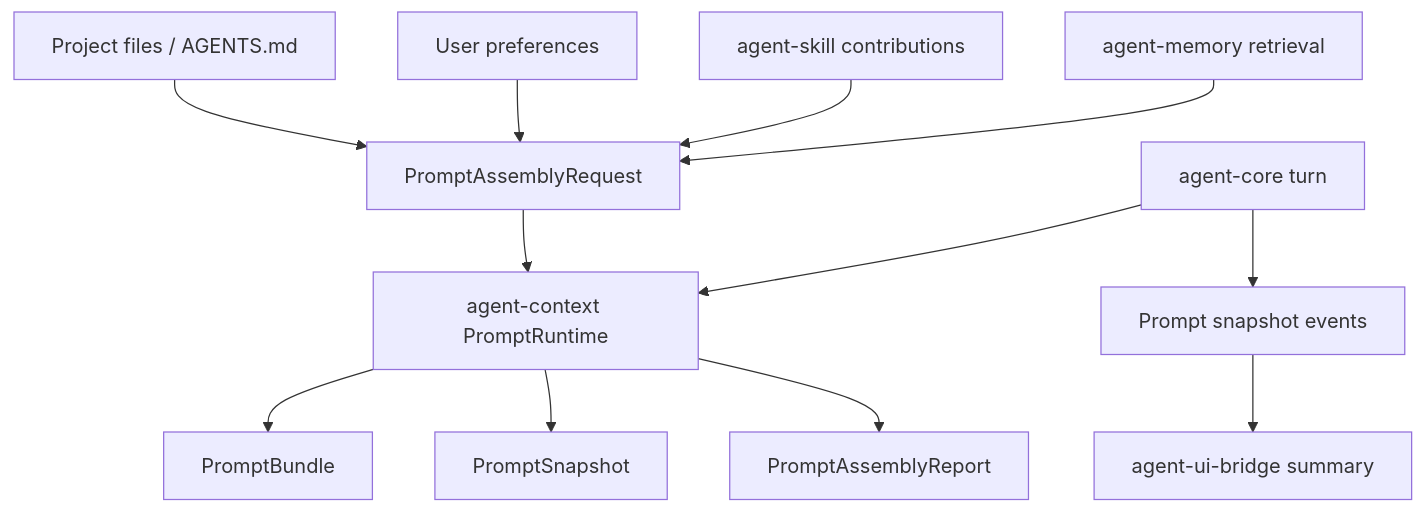
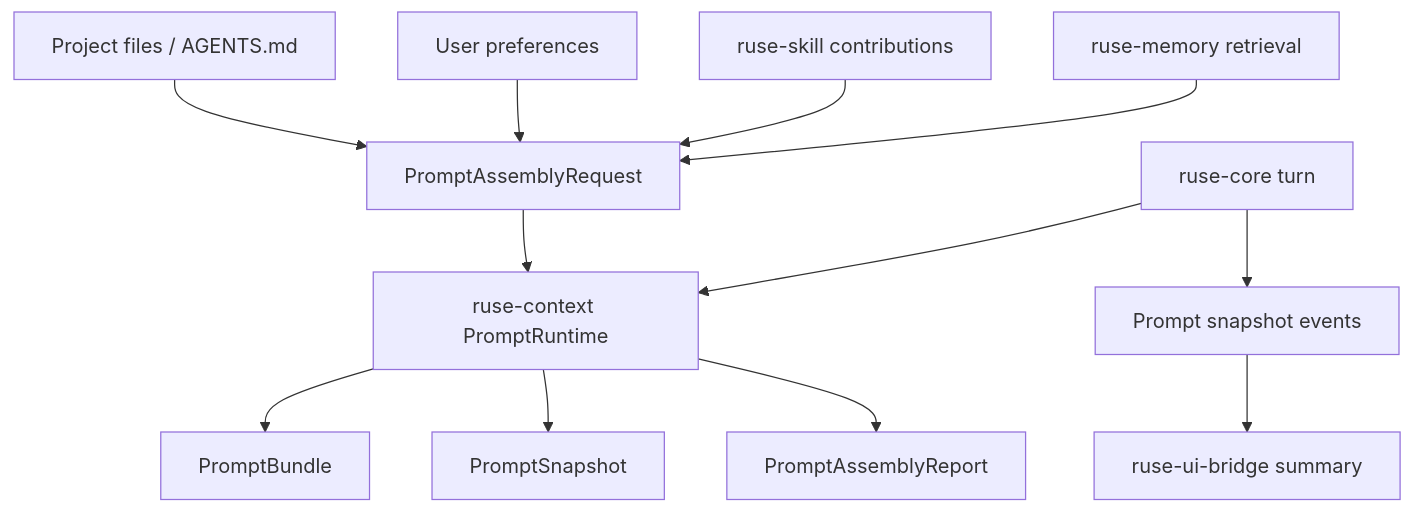
One commit to poneding/agent changed the diagram in docs/specs/M16-00-prompt-runtime-technical-design.spec.md. Above: the diagram before and after it, drawn with Mermaid. The commit also changed other lines of this file and 2091 other files, not shown here.

First line of the commit message:
refactor: rename agent branding to ruse

````diff
--- a/docs/specs/M16-00-prompt-runtime-technical-design.spec.md
+++ b/docs/specs/M16-00-prompt-runtime-technical-design.spec.md
@@ -35,14 +35,14 @@
 ```mermaid
 flowchart TD
   Project["Project files / AGENTS.md"] --> Request["PromptAssemblyRequest"]
   User["User preferences"] --> Request
-  Skill["agent-skill contributions"] --> Request
-  Memory["agent-memory retrieval"] --> Request
-  Request --> Runtime["agent-context PromptRuntime"]
+  Skill["ruse-skill contributions"] --> Request
+  Memory["ruse-memory retrieval"] --> Request
+  Request --> Runtime["ruse-context PromptRuntime"]
   Runtime --> Bundle["PromptBundle"]
   Runtime --> Snapshot["PromptSnapshot"]
   Runtime --> Report["PromptAssemblyReport"]
-  Core["agent-core turn"] --> Runtime
+  Core["ruse-core turn"] --> Runtime
   Core --> Events["Prompt snapshot events"]
-  Events --> Bridge["agent-ui-bridge summary"]
+  Events --> Bridge["ruse-ui-bridge summary"]
 ```
````
